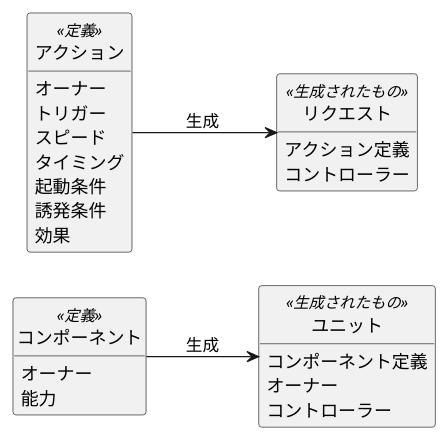
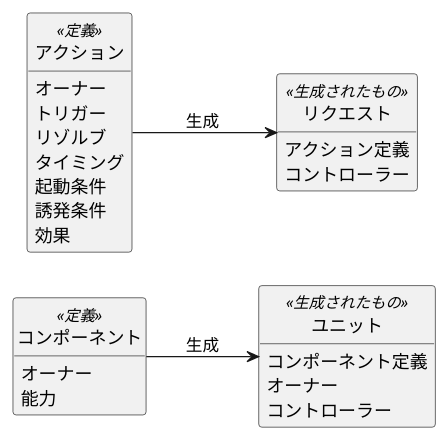
Before and after one commit to BlackPoker/BlackPoker: the diagram in source/core/core.rst, drawn with PlantUML. The commit also changed other lines of this file and 13 other files, not shown here.

```diff
--- a/source/core/core.rst
+++ b/source/core/core.rst
@@ -365,38 +365,38 @@
 .. uml:: 
     :caption: コントローラー属性
     :scale: 50%
 
     left to right direction
 
     hide methods
     hide circle
 
     class コンポーネント<<定義>> {
         オーナー
         能力
     }
 
 
     class ユニット<<生成されたもの>> {
         コンポーネント定義
         オーナー
         コントローラー
     }
 
     class アクション<<定義>> {
         オーナー
         トリガー
-        スピード
+        リゾルブ
         タイミング
         起動条件
         誘発条件
         効果
     }
 
     class リクエスト<<生成されたもの>> {
         アクション定義
         コントローラー
     }
 
     アクション --> リクエスト : 生成 
     コンポーネント --> ユニット : 生成 
```
